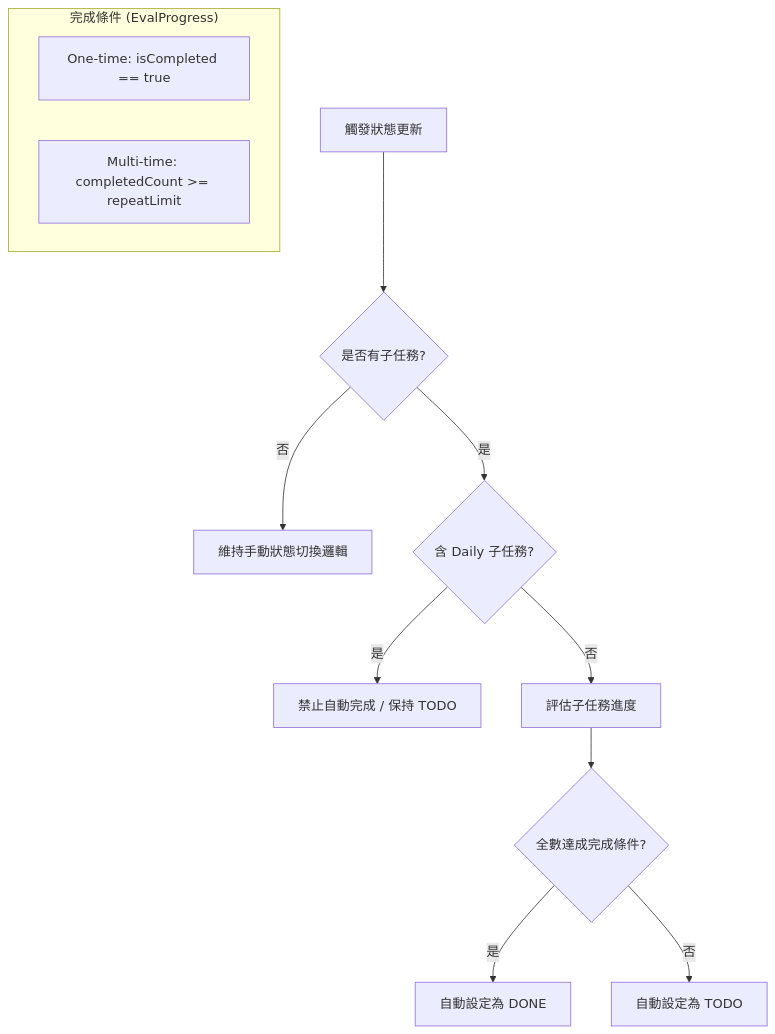
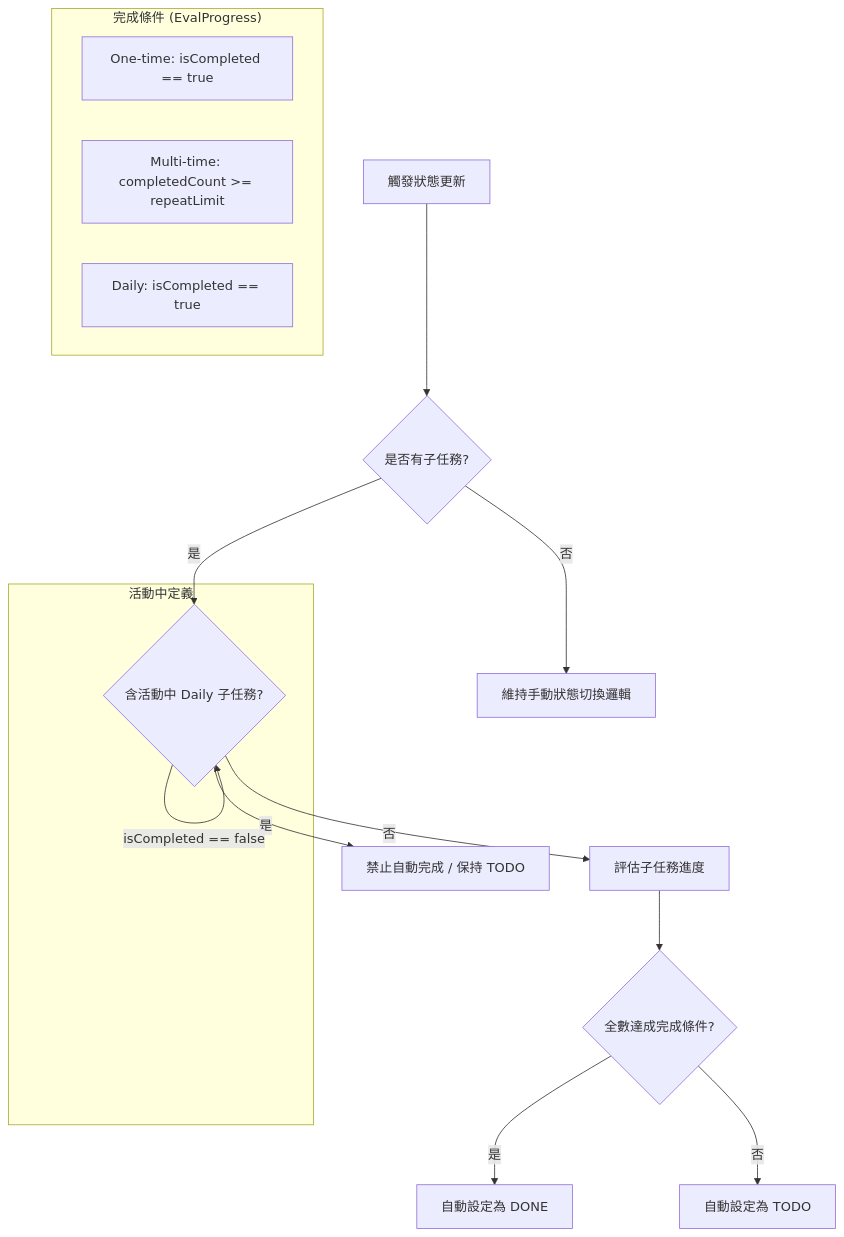
The diagram in specs/024-redefine-task-completion/spec.md (rhanlin/daily-grain), drawn with Mermaid before and after one commit. The commit also changed other lines of this file and 9 other files, not shown here.

````diff
--- a/specs/024-redefine-task-completion/spec.md
+++ b/specs/024-redefine-task-completion/spec.md
@@ -40,18 +47,23 @@
 ```mermaid
 graph TD
     Start[觸發狀態更新] --> HasSubtasks{是否有子任務?}
     HasSubtasks -- 否 --> Manual[維持手動狀態切換邏輯]
-    HasSubtasks -- 是 --> CheckDaily{含 Daily 子任務?}
+    HasSubtasks -- 是 --> CheckDaily{含活動中 Daily 子任務?}
     
     CheckDaily -- 是 --> StayTodo[禁止自動完成 / 保持 TODO]
     CheckDaily -- 否 --> EvalProgress[評估子任務進度]
     
     EvalProgress --> AllDone{全數達成完成條件?}
     AllDone -- 是 --> SetDone[自動設定為 DONE]
     AllDone -- 否 --> SetTodo[自動設定為 TODO]
     
+    subgraph "活動中定義"
+    CheckDaily -- "isCompleted == false" --> CheckDaily
+    end
+
     subgraph "完成條件 (EvalProgress)"
     OneTime[One-time: isCompleted == true]
     MultiTime[Multi-time: completedCount >= repeatLimit]
+    DailyDone[Daily: isCompleted == true]
     end
 ```
````
